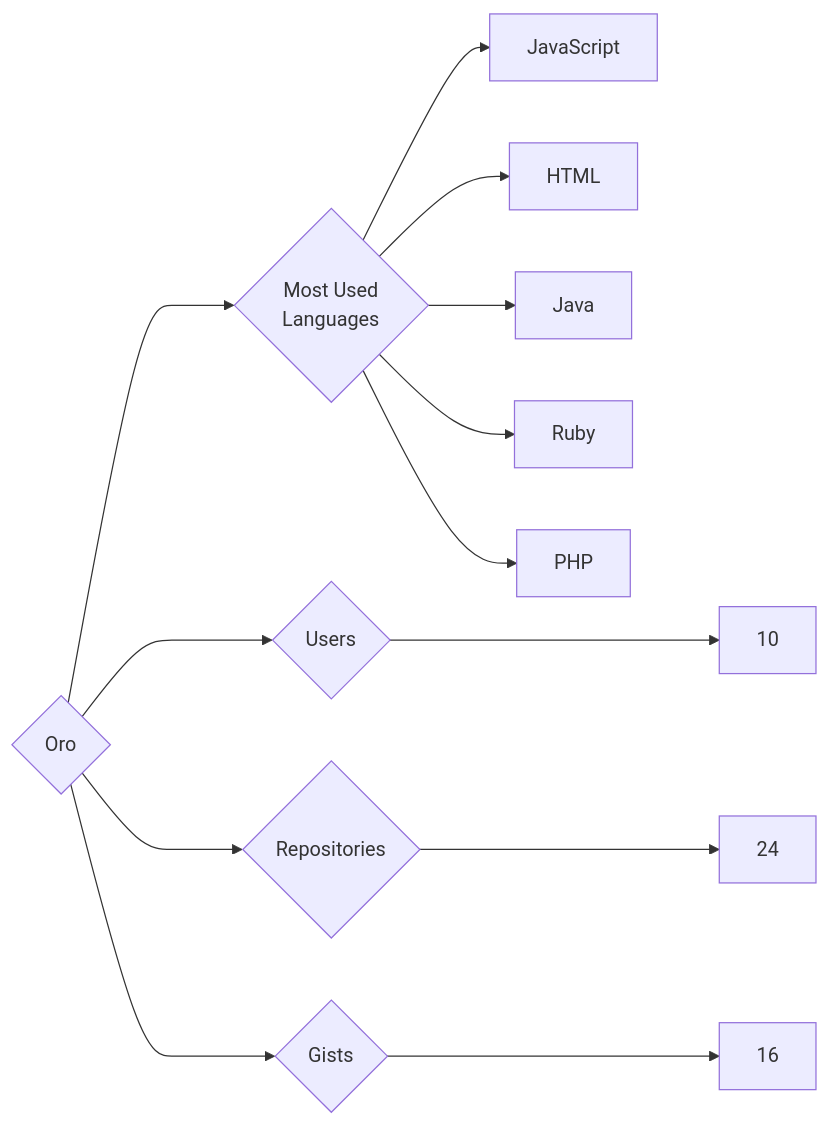
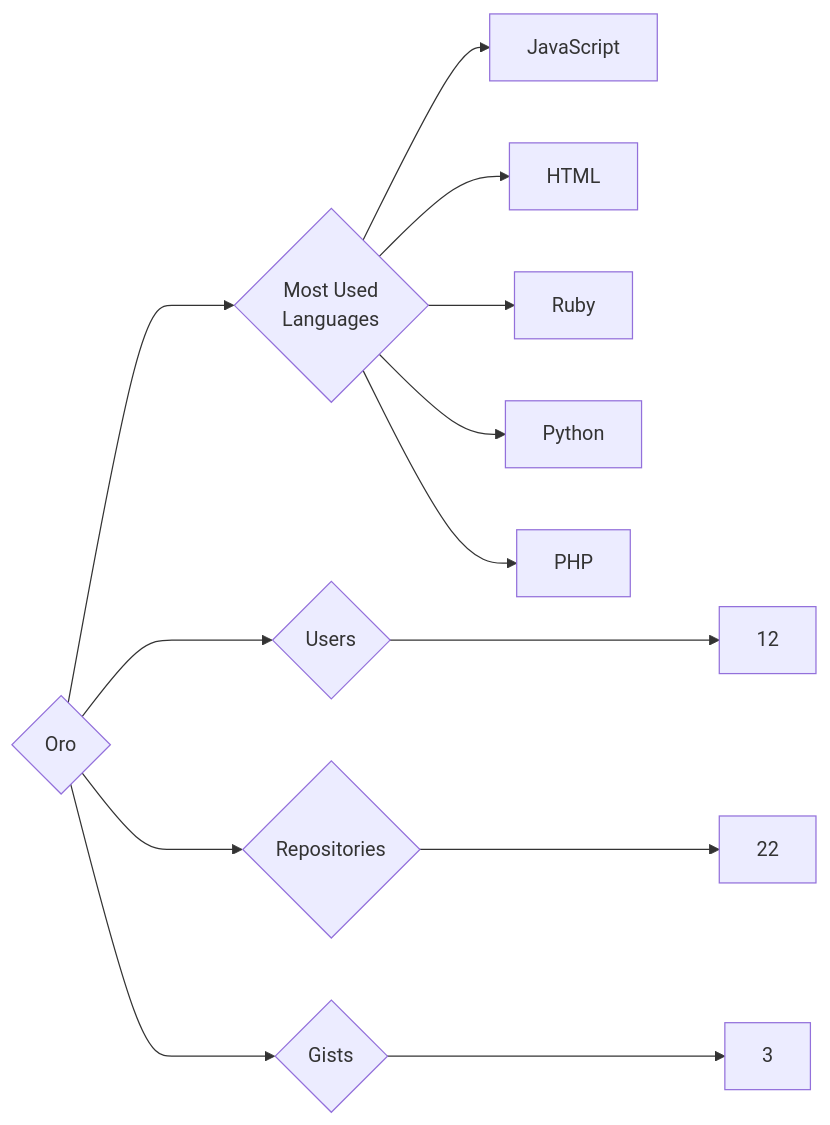
Before and after one commit to trickest/insiders: the diagram in targets/Oro/README.md, drawn with Mermaid. The commit also changed 969 other files, not shown here.

````diff
--- a/targets/Oro/README.md
+++ b/targets/Oro/README.md
@@ -3,13 +3,13 @@
 ```mermaid
 graph LR
 COMPANY_NAME{Oro}
-COMPANY_NAME ---> U{Users} ---> UN[10]
-COMPANY_NAME ---> R{Repositories} ---> RN[24]
-COMPANY_NAME ---> G{Gists} ---> GN[16]
+COMPANY_NAME ---> U{Users} ---> UN[12]
+COMPANY_NAME ---> R{Repositories} ---> RN[22]
+COMPANY_NAME ---> G{Gists} ---> GN[3]
 COMPANY_NAME ---> ML{Most Used<br>Languages}
 ML --> JavaScript[JavaScript]
 ML --> HTML[HTML]
-ML --> Java[Java]
 ML --> Ruby[Ruby]
+ML --> Python[Python]
 ML --> PHP[PHP]
 ```
````
